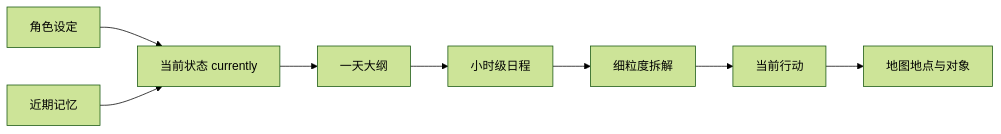
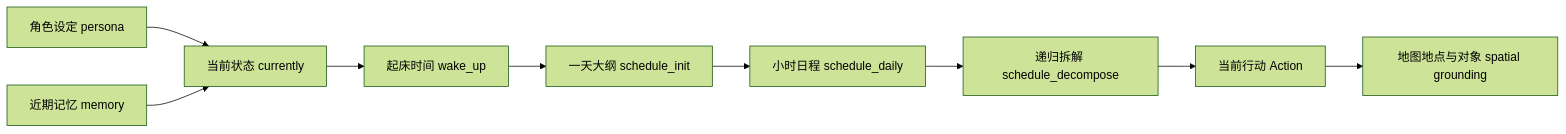
Before and after one commit to tbkken/GenerativeAgentsCN: the first of 6 diagrams in docs/book/manuscript/part_01/chapter_08.md, drawn with Mermaid (forest theme). The commit also changed other lines of this file and 16 other files, not shown here.

````diff
--- a/docs/book/manuscript/part_01/chapter_08.md
+++ b/docs/book/manuscript/part_01/chapter_08.md
@@ -17,10 +21,11 @@
 ```mermaid
 flowchart LR
-    Persona["角色设定"] --> Current["当前状态 currently"]
-    Memory["近期记忆"] --> Current
-    Current --> Day["一天大纲"]
-    Day --> Hour["小时级日程"]
-    Hour --> Detail["细粒度拆解"]
-    Detail --> Action["当前行动"]
-    Action --> Space["地图地点与对象"]
+    Persona["角色设定 persona"] --> Current["当前状态 currently"]
+    Memory["近期记忆 memory"] --> Current
+    Current --> Wake["起床时间 wake_up"]
+    Wake --> Init["一天大纲 schedule_init"]
+    Init --> Daily["小时日程 schedule_daily"]
+    Daily --> Decompose["递归拆解 schedule_decompose"]
+    Decompose --> Action["当前行动 Action"]
+    Action --> Space["地图地点与对象 spatial grounding"]
 ```
````
